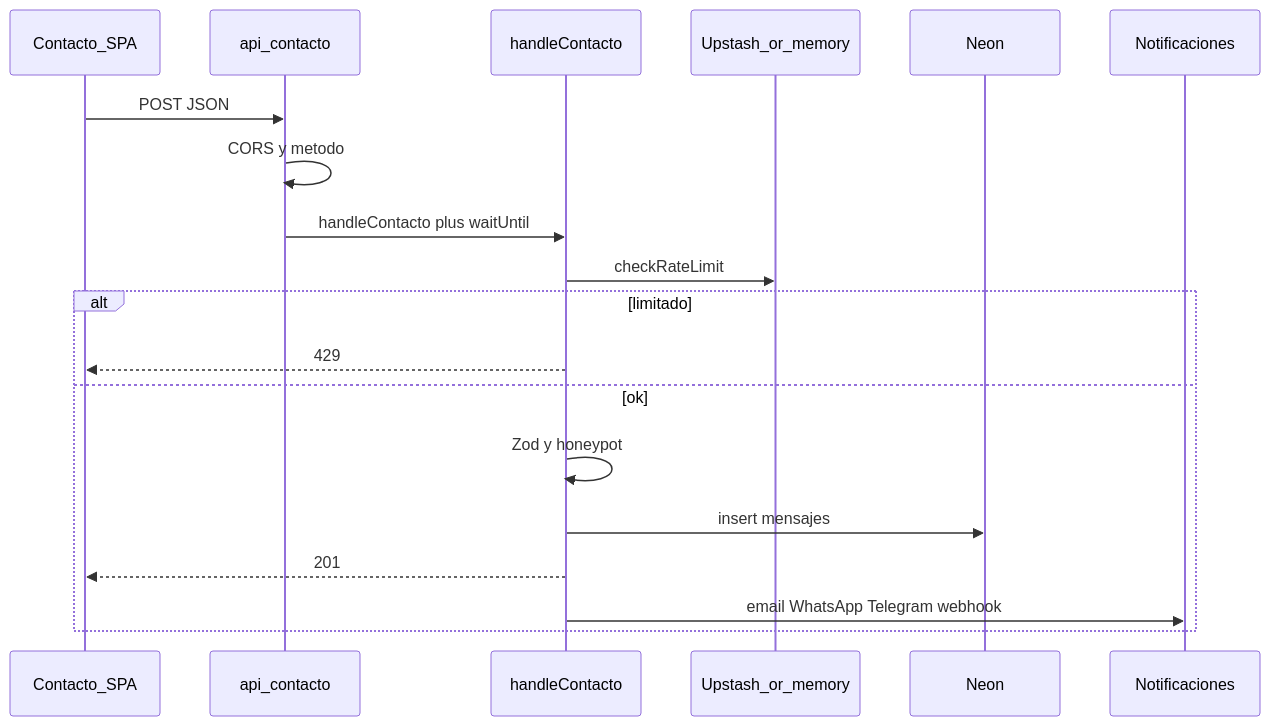
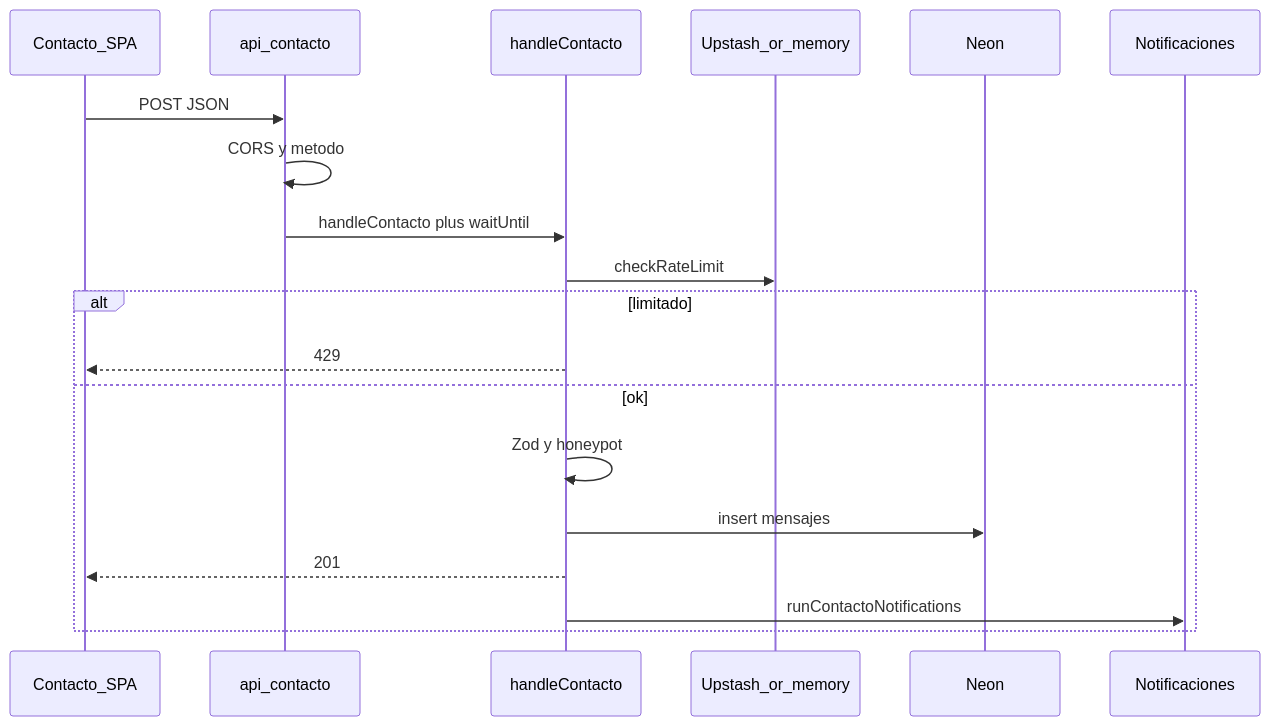
One commit to CrisNeyra/auradev changed the second of 2 diagrams in docs/ARCHITECTURE.md. Above: the diagram before and after it, drawn with Mermaid. The commit also changed other lines of this file and 38 other files, not shown here.

````diff
--- a/docs/ARCHITECTURE.md
+++ b/docs/ARCHITECTURE.md
@@ -51,22 +52,22 @@
 ```mermaid
 sequenceDiagram
   participant UI as Contacto_SPA
   participant Fn as api_contacto
   participant H as handleContacto
   participant RL as Upstash_or_memory
   participant DB as Neon
   participant N as Notificaciones
 
   UI->>Fn: POST JSON
   Fn->>Fn: CORS y metodo
   Fn->>H: handleContacto plus waitUntil
   H->>RL: checkRateLimit
   alt limitado
     H-->>UI: 429
   else ok
     H->>H: Zod y honeypot
     H->>DB: insert mensajes
     H-->>UI: 201
-    H->>N: email WhatsApp Telegram webhook
+    H->>N: runContactoNotifications
   end
 ```
````
